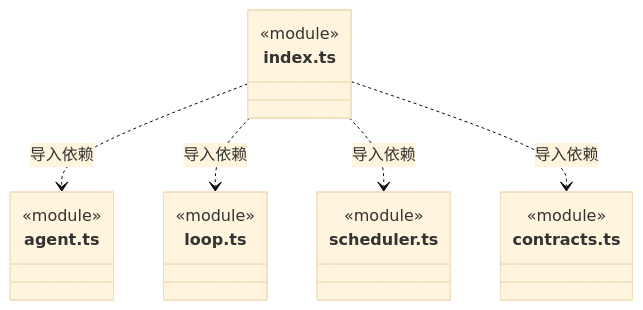
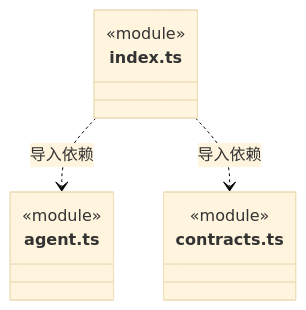
Before and after one commit to nan023062/cbim: the sixth of 6 diagrams in src/logic/agents/ARCHITECTURE.md, drawn with Mermaid (base theme). The commit also changed other lines of this file and 28 other files, not shown here.

````diff
--- a/src/logic/agents/ARCHITECTURE.md
+++ b/src/logic/agents/ARCHITECTURE.md
@@ -230,22 +164,14 @@
 ```mermaid
 classDiagram
 class N_src_logic_agents_index_ts["index.ts"] {
   <<module>>
 }
 class N_src_logic_agents_agent_ts["agent.ts"] {
   <<module>>
 }
-class N_src_logic_agents_loop_ts["loop.ts"] {
-  <<module>>
-}
-class N_src_logic_agents_scheduler_ts["scheduler.ts"] {
-  <<module>>
-}
 class N_src_logic_agents_contracts_ts["contracts.ts"] {
   <<module>>
 }
 N_src_logic_agents_index_ts ..> N_src_logic_agents_agent_ts : 导入依赖
-N_src_logic_agents_index_ts ..> N_src_logic_agents_loop_ts : 导入依赖
-N_src_logic_agents_index_ts ..> N_src_logic_agents_scheduler_ts : 导入依赖
 N_src_logic_agents_index_ts ..> N_src_logic_agents_contracts_ts : 导入依赖
 ```
````
